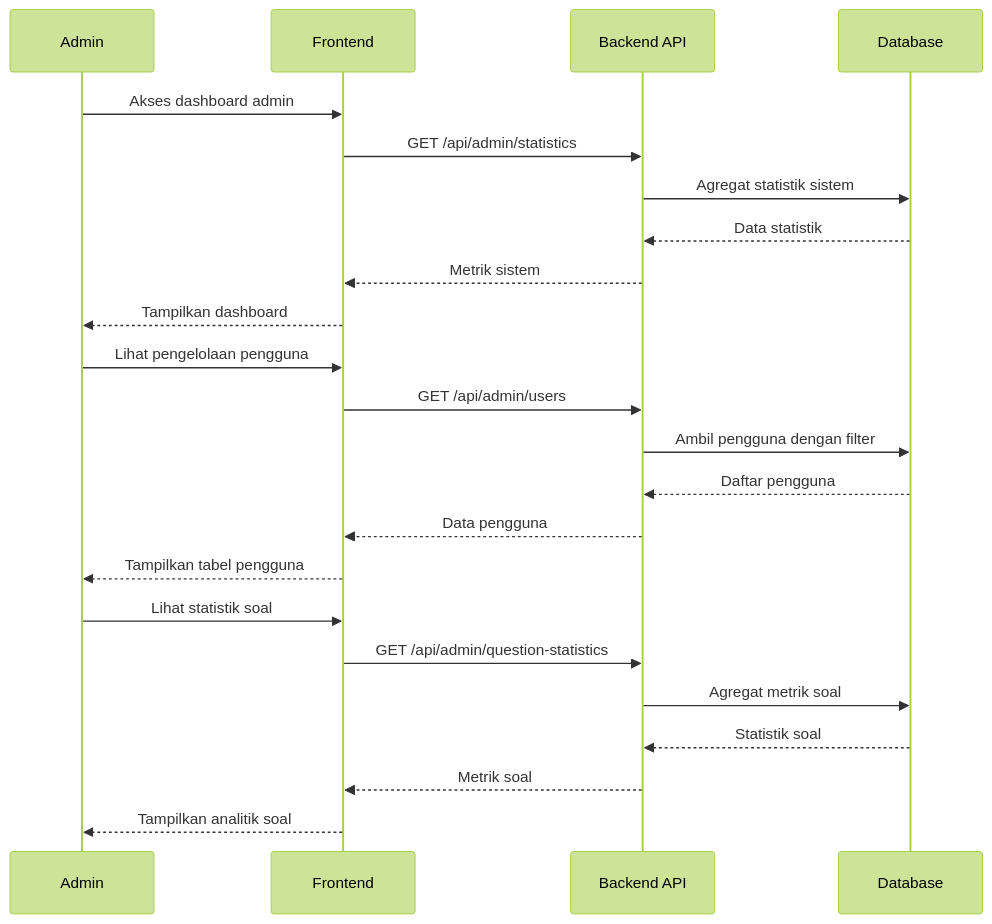
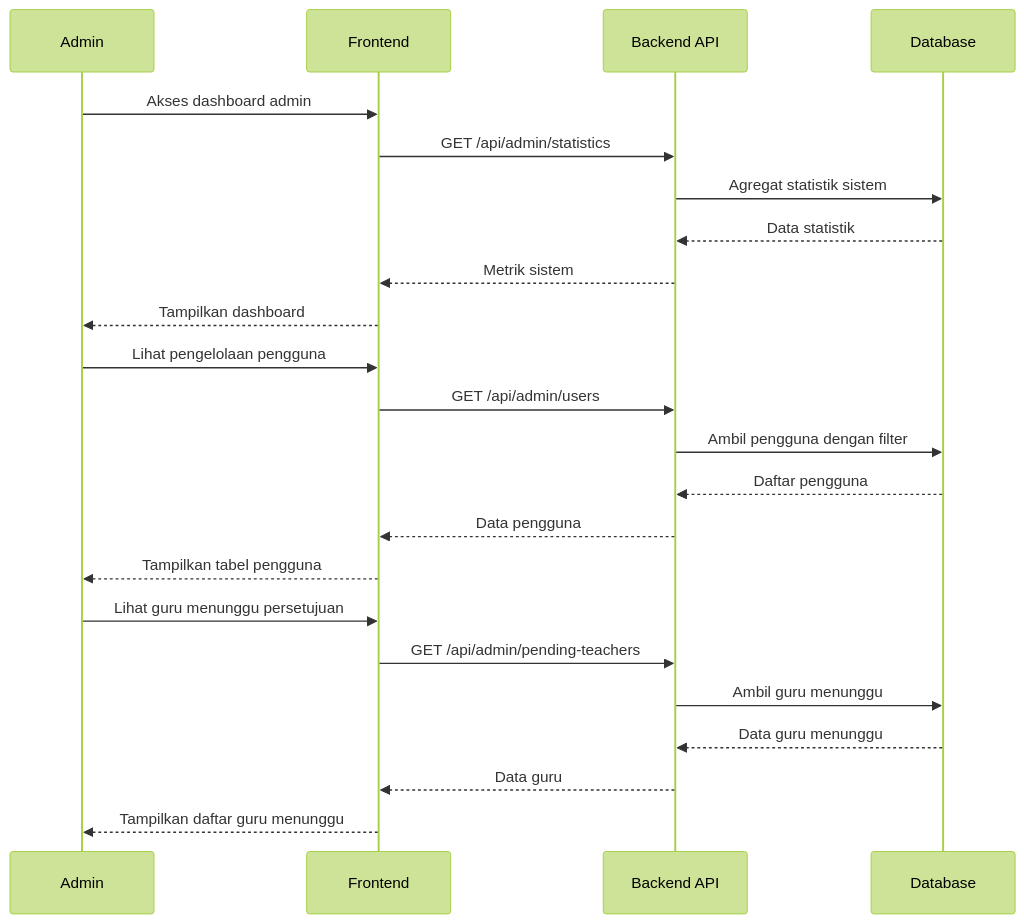
Before and after one commit to jonito2005/exam-expert-ai-docs: the sixth of 6 diagrams in sequence-diagrams.md, drawn with Mermaid (forest theme). The commit also changed other lines of this file and 3 other files, not shown here.

````diff
--- a/sequence-diagrams.md
+++ b/sequence-diagrams.md
@@ -196,28 +193,28 @@
 ```mermaid
 sequenceDiagram
     participant A as Admin
     participant F as Frontend
     participant API as Backend API
     participant DB as Database
 
     A->>F: Akses dashboard admin
     F->>API: GET /api/admin/statistics
     API->>DB: Agregat statistik sistem
     DB-->>API: Data statistik
     API-->>F: Metrik sistem
     F-->>A: Tampilkan dashboard
 
     A->>F: Lihat pengelolaan pengguna
     F->>API: GET /api/admin/users
     API->>DB: Ambil pengguna dengan filter
     DB-->>API: Daftar pengguna
     API-->>F: Data pengguna
     F-->>A: Tampilkan tabel pengguna
 
-    A->>F: Lihat statistik soal
-    F->>API: GET /api/admin/question-statistics
-    API->>DB: Agregat metrik soal
-    DB-->>API: Statistik soal
-    API-->>F: Metrik soal
-    F-->>A: Tampilkan analitik soal
+    A->>F: Lihat guru menunggu persetujuan
+    F->>API: GET /api/admin/pending-teachers
+    API->>DB: Ambil guru menunggu
+    DB-->>API: Data guru menunggu
+    API-->>F: Data guru
+    F-->>A: Tampilkan daftar guru menunggu
 ```
````
